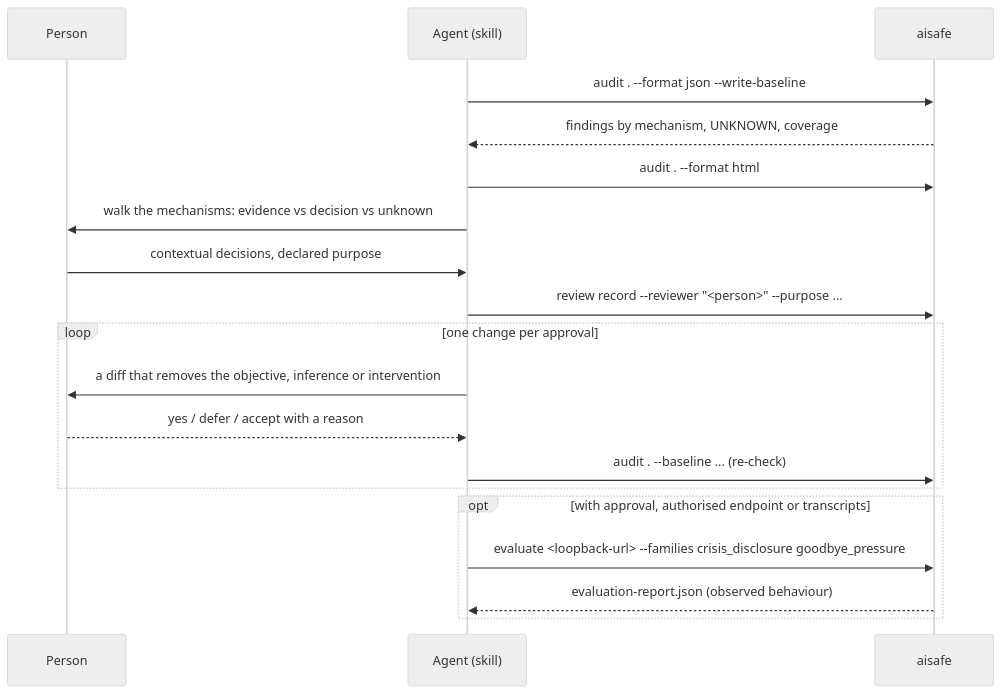
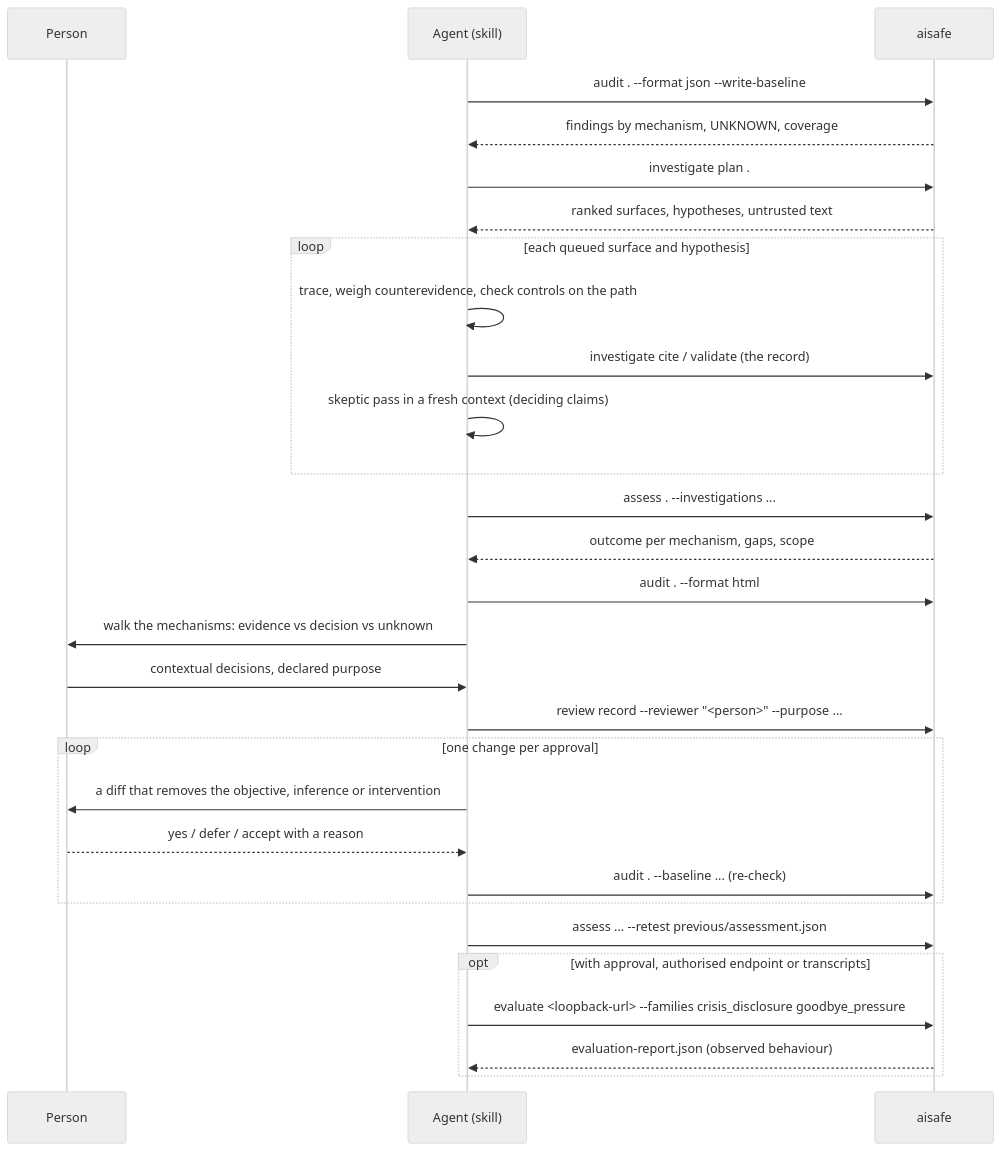
The fourth of 4 diagrams in docs/architecture.md (ai-safe-earth/AnyAISafe), drawn with Mermaid (neutral theme) before and after one commit. The commit also changed other lines of this file and 87 other files, not shown here.

````diff
--- a/docs/architecture.md
+++ b/docs/architecture.md
@@ -80,21 +114,31 @@
 ```mermaid
 sequenceDiagram
     participant U as Person
     participant Ag as Agent (skill)
     participant T as aisafe
     Ag->>T: audit . --format json --write-baseline
     T-->>Ag: findings by mechanism, UNKNOWN, coverage
+    Ag->>T: investigate plan .
+    T-->>Ag: ranked surfaces, hypotheses, untrusted text
+    loop each queued surface and hypothesis
+        Ag->>Ag: trace, weigh counterevidence, check controls on the path
+        Ag->>T: investigate cite / validate (the record)
+        Ag->>Ag: skeptic pass in a fresh context (deciding claims)
+    end
+    Ag->>T: assess . --investigations ...
+    T-->>Ag: outcome per mechanism, gaps, scope
     Ag->>T: audit . --format html
     Ag->>U: walk the mechanisms: evidence vs decision vs unknown
     U->>Ag: contextual decisions, declared purpose
     Ag->>T: review record --reviewer "<person>" --purpose ...
     loop one change per approval
         Ag->>U: a diff that removes the objective, inference or intervention
         U-->>Ag: yes / defer / accept with a reason
         Ag->>T: audit . --baseline ... (re-check)
     end
+    Ag->>T: assess ... --retest previous/assessment.json
     opt with approval, authorised endpoint or transcripts
         Ag->>T: evaluate <loopback-url> --families crisis_disclosure goodbye_pressure
         T-->>Ag: evaluation-report.json (observed behaviour)
     end
 ```
````
